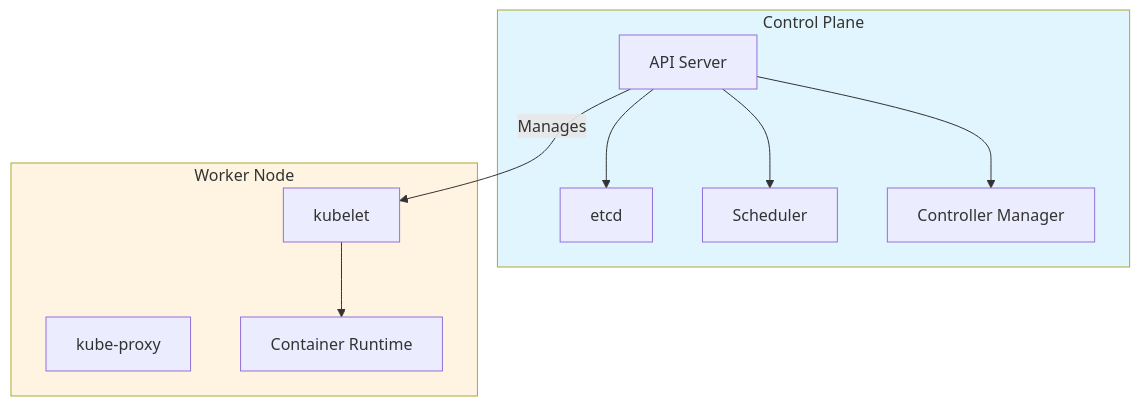
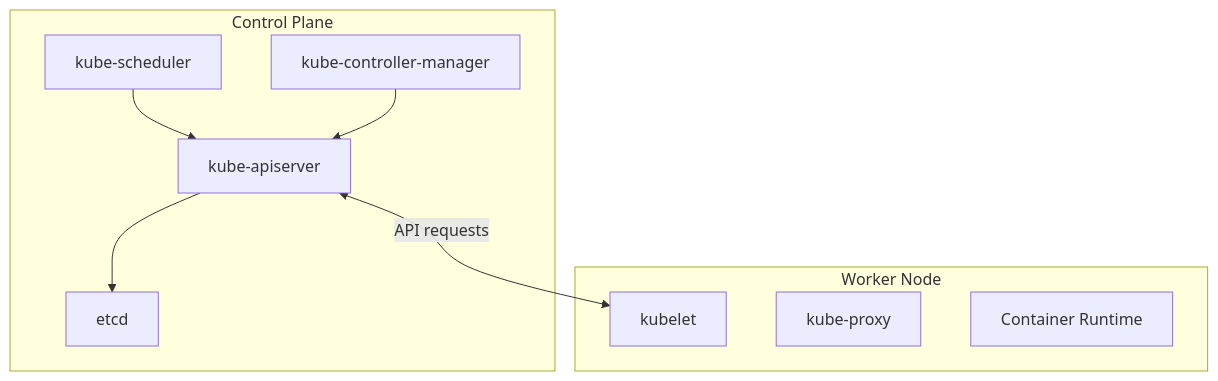
One commit to Antoine-Flo/kube-mastery changed the diagram in src/courses/modules/overview/02-concepts-fondamentaux/03-cluster-architecture/en/content.md. Above: the diagram before and after it, drawn with Mermaid. The commit also changed other lines of this file and 290 other files, not shown here.

````diff
--- a/src/courses/modules/overview/02-concepts-fondamentaux/03-cluster-architecture/en/content.md
+++ b/src/courses/modules/overview/02-concepts-fondamentaux/03-cluster-architecture/en/content.md
@@ -5,24 +18,18 @@
 ```mermaid
-flowchart TD
+flowchart TB
     subgraph CP["Control Plane"]
-        API[API Server]
-        ETCD[etcd]
-        SCHED[Scheduler]
-        CM[Controller Manager]
+        API["kube-apiserver"]
+        ETCD["etcd"]
+        SCHED["kube-scheduler"]
+        CM["kube-controller-manager"]
     end
-
     subgraph WN["Worker Node"]
-        KUBELET[kubelet]
-        KUBEPROXY[kube-proxy]
-        CR[Container Runtime]
+        KL["kubelet"]
+        KP["kube-proxy"]
+        CR["Container Runtime"]
     end
-
+    API <-->|"API requests"| KL
     API --> ETCD
-    API --> SCHED
-    API --> CM
-    API -->|Manages| KUBELET
-    KUBELET --> CR
-
-    style CP fill:#e1f5ff
-    style WN fill:#fff4e1
+    SCHED --> API
+    CM --> API
 ```
````
